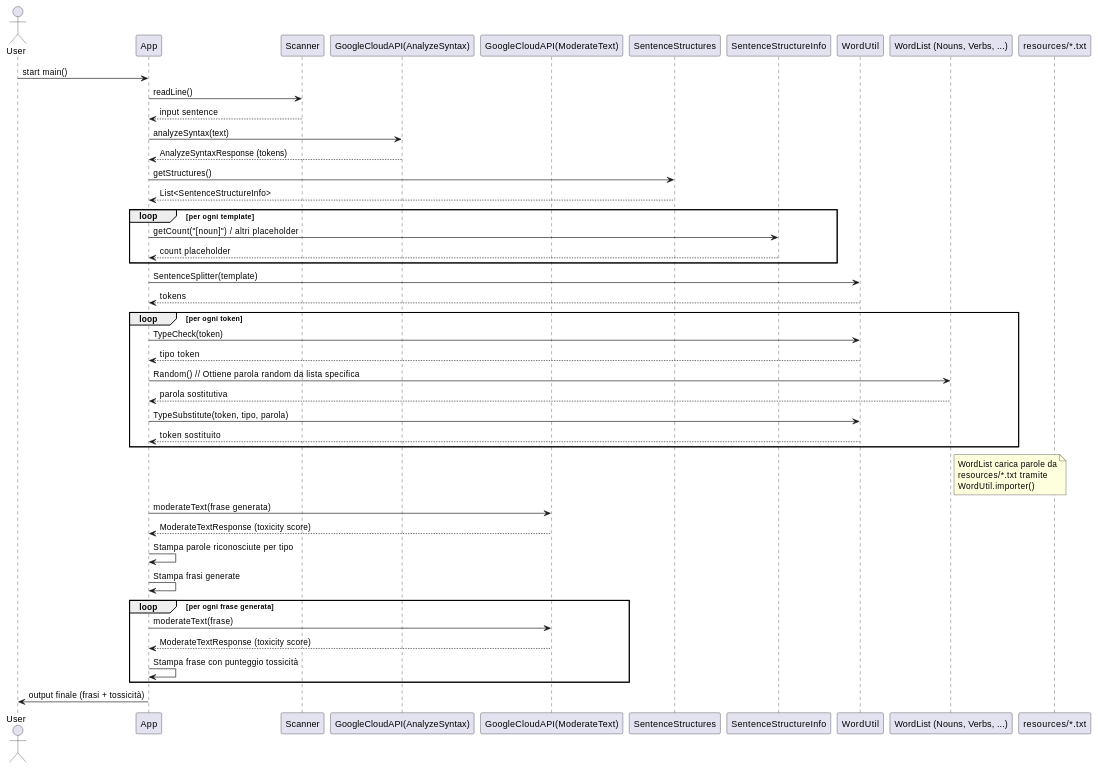
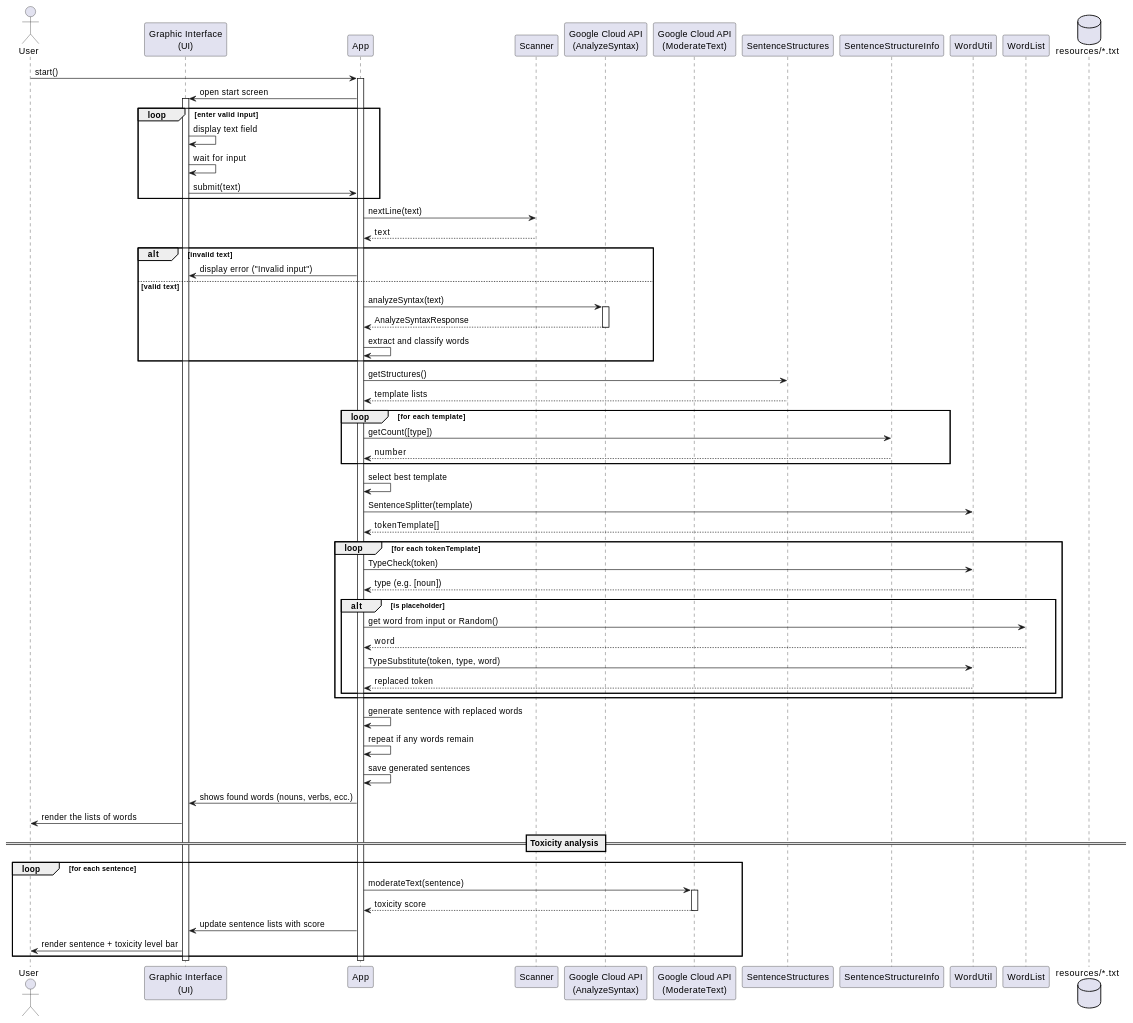
Before and after one commit to Leggolta/SoftIng: the third of 6 diagrams in docs/Design_document.md, drawn with PlantUML. The commit also changed other lines of this file, not shown here.

````diff
--- a/docs/Design_document.md
+++ b/docs/Design_document.md
@@ -74,64 +120,89 @@
 ```plantuml
 @startuml
 actor User
-participant "App" as App
-participant "Scanner" as Scanner
+participant "Graphic Interface\n(UI)" as UI
+participant App
+participant Scanner
+participant "Google Cloud API\n(AnalyzeSyntax)" as AnalyzeSyntax
+participant "Google Cloud API\n(ModerateText)" as ModerateText
+participant SentenceStructures
+participant SentenceStructureInfo
+participant WordUtil
+participant WordList
+database "resources/*.txt" as Resources
 
-participant "GoogleCloudAPI(AnalyzeSyntax)" as AnalyzeSyntax
-participant "GoogleCloudAPI(ModerateText)" as ModerateText
+' ------------------ Start and Input ------------------
+User -> App: start()
+activate App
 
-participant "SentenceStructures" as Structures
-participant "SentenceStructureInfo" as StructureInfo
+App -> UI: open start screen
+activate UI
 
-participant "WordUtil" as WordUtil
-participant "WordList (Nouns, Verbs, ...)" as WordList
-participant "resources/*.txt" as Resources
 
-User -> App: start main()
-App -> Scanner: readLine()
-Scanner --> App: input sentence
+loop enter valid input
+    UI -> UI: display text field
+    UI -> UI: wait for input
+    UI -> App: submit(text)
+end
+    App -> Scanner: nextLine(text)
+    Scanner --> App: text
+    
+    alt invalid text
+        App -> UI: display error ("Invalid input")
+    else valid text
+        App -> AnalyzeSyntax: analyzeSyntax(text)
+        activate AnalyzeSyntax
+        AnalyzeSyntax --> App: AnalyzeSyntaxResponse
+        deactivate AnalyzeSyntax
 
-App -> AnalyzeSyntax: analyzeSyntax(text)
-AnalyzeSyntax --> App: AnalyzeSyntaxResponse (tokens)
-
-App -> Structures: getStructures()
-Structures --> App: List<SentenceStructureInfo>
-
-loop per ogni template
-    App -> StructureInfo: getCount("[noun]") / altri placeholder
-    StructureInfo --> App: count placeholder
+        App -> App: extract and classify words 
 end
 
-App -> WordUtil: SentenceSplitter(template)
-WordUtil --> App: tokens
+' ------------------ Template Selection------------------
+App -> SentenceStructures: getStructures()
+SentenceStructures --> App: template lists
 
-loop per ogni token
-    App -> WordUtil: TypeCheck(token)
-    WordUtil --> App: tipo token
-    App -> WordList: Random()  // Ottiene parola random da lista specifica
-    WordList --> App: parola sostitutiva
-    App -> WordUtil: TypeSubstitute(token, tipo, parola)
-    WordUtil --> App: token sostituito
+loop for each template
+    App -> SentenceStructureInfo: getCount([type])
+    SentenceStructureInfo --> App: number
 end
 
-note right of WordList
-  WordList carica parole da
-  resources/*.txt tramite
-  WordUtil.importer()
-end note
+App -> App: select best template
+App -> WordUtil: SentenceSplitter(template)
+WordUtil --> App: tokenTemplate[]
 
-App -> ModerateText: moderateText(frase generata)
-ModerateText --> App: ModerateTextResponse (toxicity score)
-
-App -> App: Stampa parole riconosciute per tipo
-App -> App: Stampa frasi generate
-
-loop per ogni frase generata
-    App -> ModerateText: moderateText(frase)
-    ModerateText --> App: ModerateTextResponse (toxicity score)
-    App -> App: Stampa frase con punteggio tossicità
+loop for each tokenTemplate
+    App -> WordUtil: TypeCheck(token)
+    WordUtil --> App: type (e.g. [noun])
+    
+    alt is placeholder
+        App -> WordList: get word from input or Random()
+        WordList --> App: word
+        App -> WordUtil: TypeSubstitute(token, type, word)
+        WordUtil --> App: replaced token
+    end
 end
 
-App -> User: output finale (frasi + tossicità)
+App -> App: generate sentence with replaced words
+App -> App: repeat if any words remain
+App -> App: save generated sentences
+
+' ------------------ Output and GUI ------------------
+App -> UI: shows found words (nouns, verbs, ecc.)
+UI -> User: render the lists of words
+
+== Toxicity analysis ==
+loop for each sentence
+    App -> ModerateText: moderateText(sentence)
+    activate ModerateText
+    ModerateText --> App: toxicity score
+    deactivate ModerateText
+    
+    App -> UI: update sentence lists with score
+    UI -> User: render sentence + toxicity level bar
+end
+
+deactivate App
+deactivate UI
 @enduml
 ```
````
